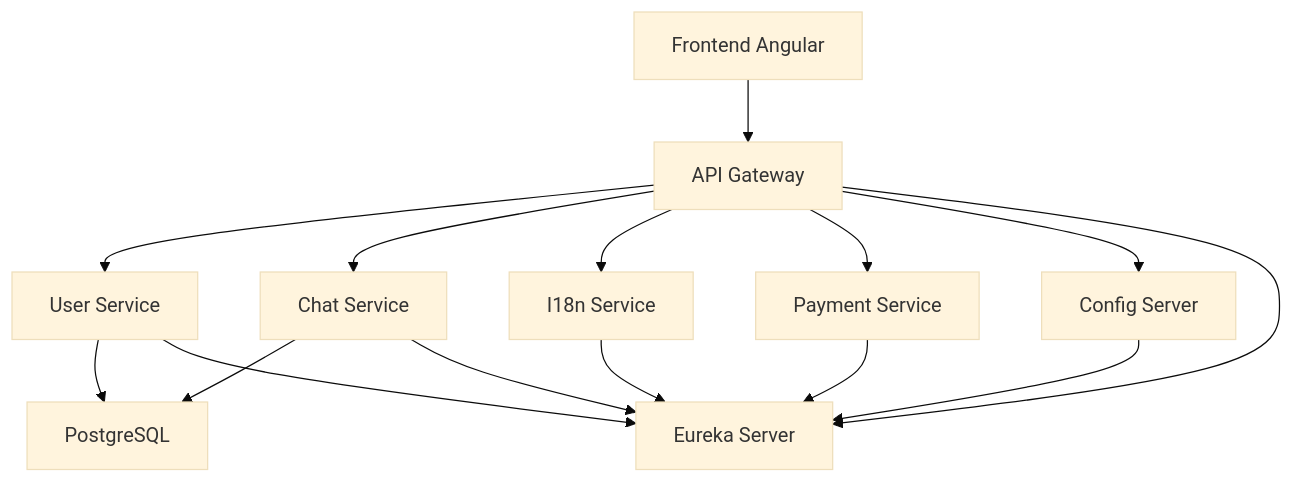
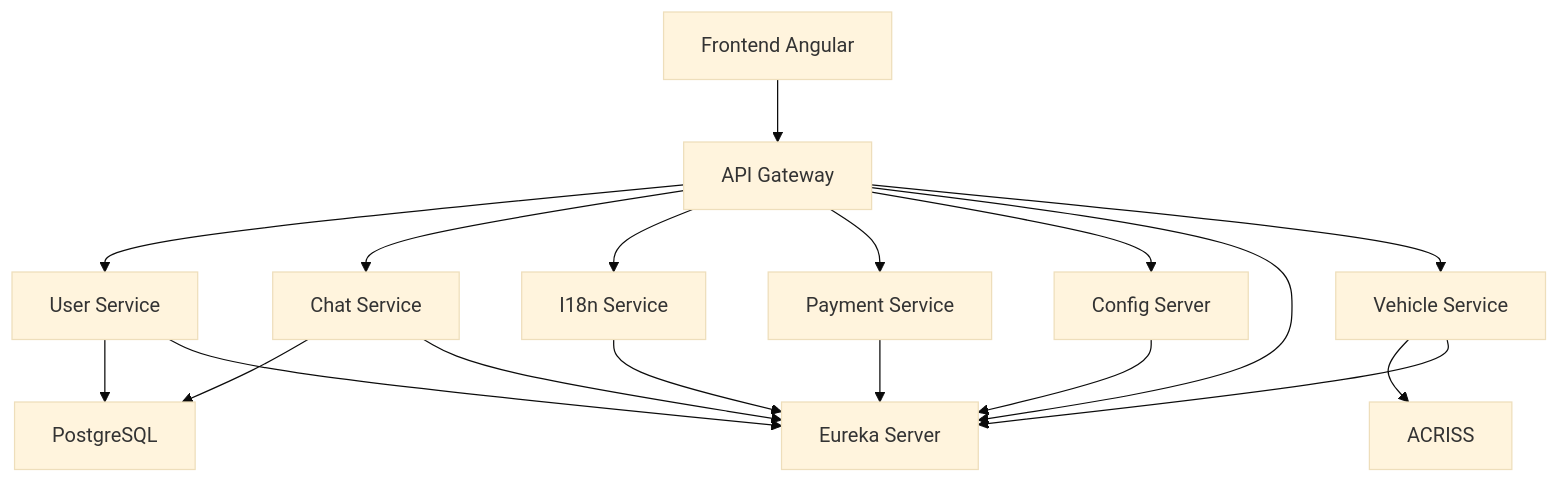
Before and after one commit to mathador/p7_YourCarYourWay: the first of 2 diagrams in readme.md, drawn with Mermaid (base theme). The commit also changed other lines of this file, not shown here.

Commit message:
maj des diagrammes du readme

````diff
--- a/readme.md
+++ b/readme.md
@@ -208,19 +208,22 @@
 ```mermaid
 
 graph TD
     A[Frontend Angular] --> B[API Gateway]
     B --> C[User Service]
     B --> D[Chat Service]
     B --> E[I18n Service]
     B --> I[Payment Service]
     C --> F[PostgreSQL]
     D --> F
     B --> G[Config Server]
     B --> H[Eureka Server]
+    B --> J[Vehicle Service]
+    J --> K[ACRISS]
     C --> H
     D --> H
     E --> H
     I --> H
+    J --> H
     G --> H
     
 ```
````
